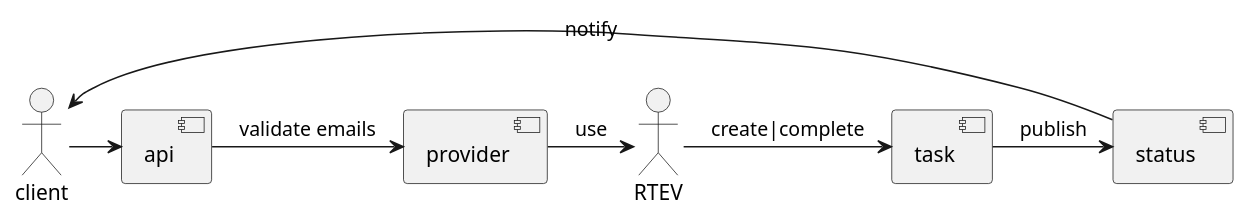
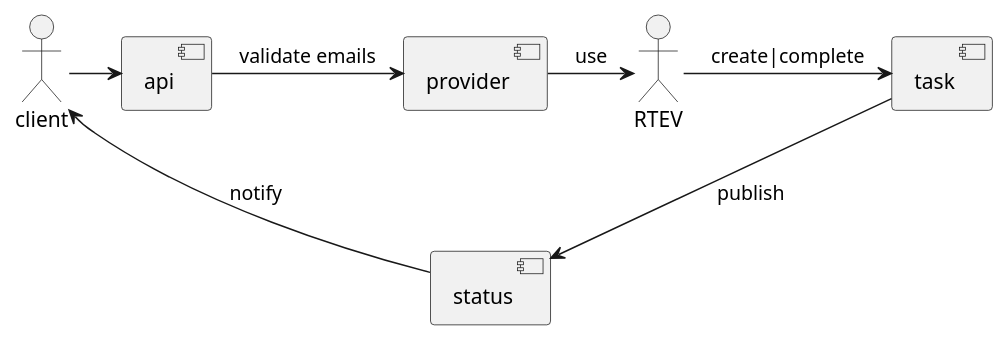
The diagram in doc/packages.plantuml (tomasz-skowronski/ml-bouncing-racoon), drawn with PlantUML before and after one commit. The commit also changed 6 other files, not shown here.

Commit message:
ML-0 add context diagram, refactor other diagrams

```diff
--- a/doc/packages.plantuml
+++ b/doc/packages.plantuml
@@ -1,13 +1,13 @@
 @startuml
 
 actor client
 actor RTEV
 
 client -> [api]
 [api] -> [provider] : validate emails
 [provider] -> RTEV: use
 RTEV -> [task] : create|complete
-[task] -> [status] : publish
-[status] -> client : notify
+[task] --> [status] : publish
+[status] --> client : notify
 
 @enduml
```
